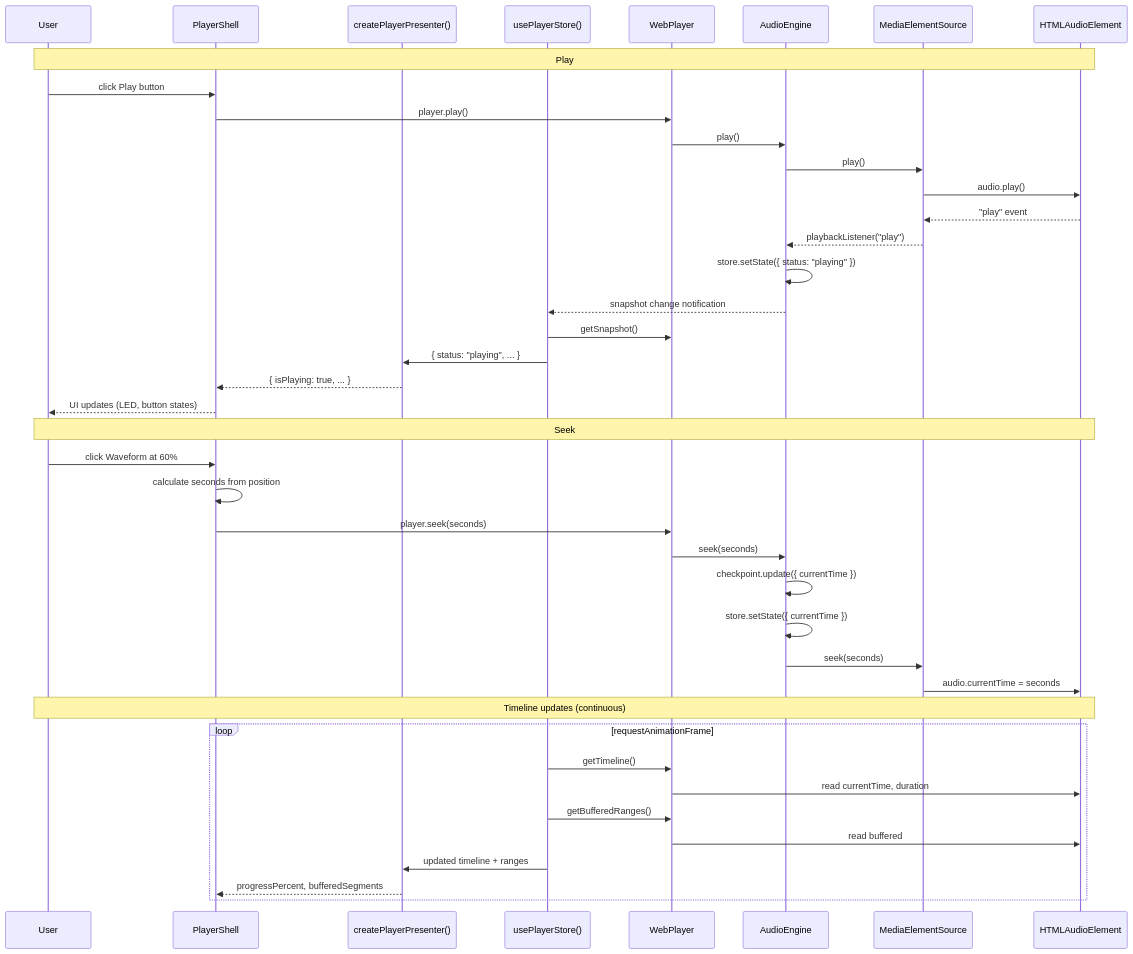
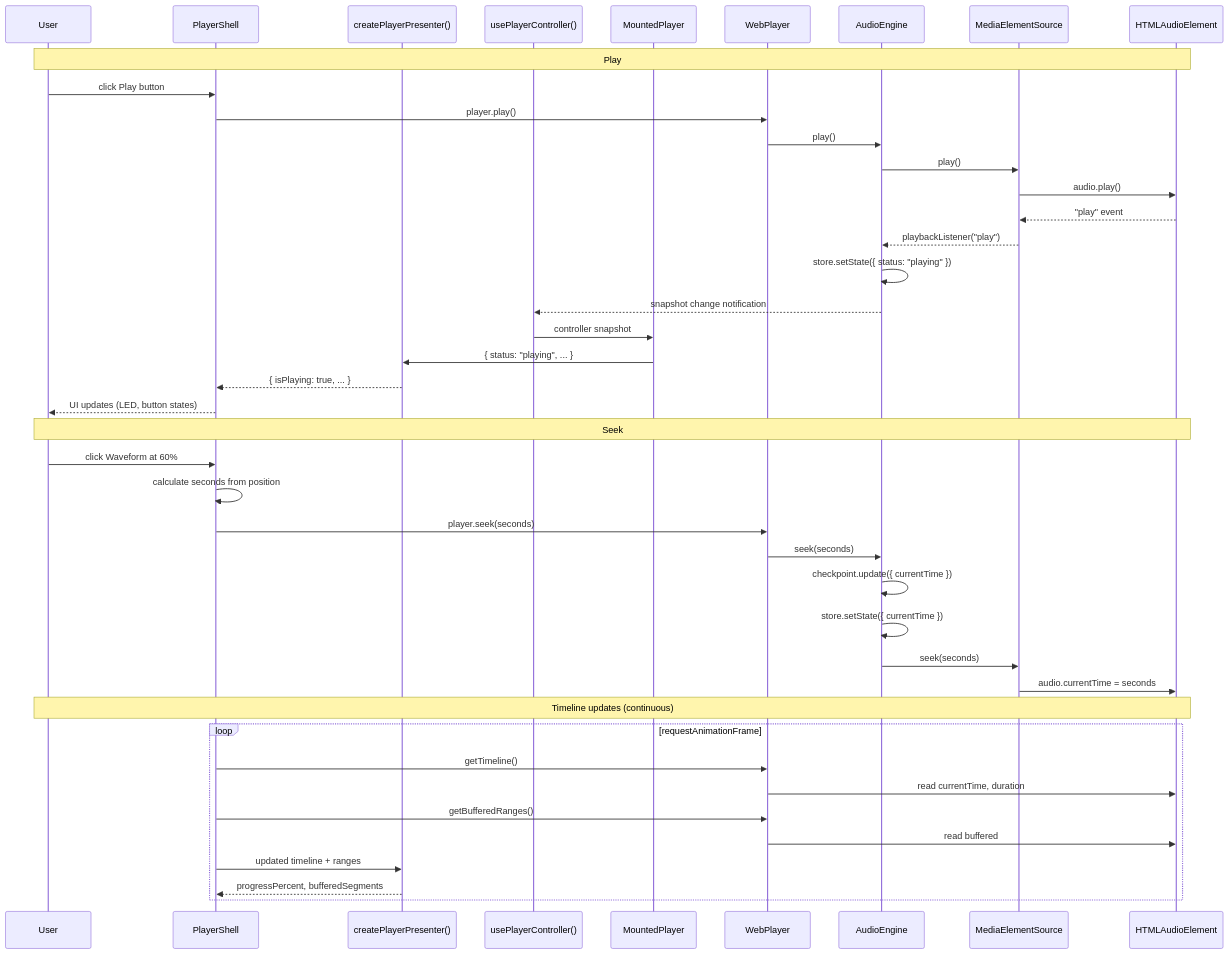
One commit to kalynbeach/kkb changed the third of 5 diagrams in docs/diagrams/2026-03-10-web-audio-player-flows.md. Above: the diagram before and after it, drawn with Mermaid. The commit also changed other lines of this file and 8 other files, not shown here.

````diff
--- a/docs/diagrams/2026-03-10-web-audio-player-flows.md
+++ b/docs/diagrams/2026-03-10-web-audio-player-flows.md
@@ -84,46 +84,47 @@
 ```mermaid
 sequenceDiagram
     participant User
     participant Shell as PlayerShell
     participant Presenter as createPlayerPresenter()
-    participant Hook as usePlayerStore()
+    participant ControllerHook as usePlayerController()
+    participant Mounted as MountedPlayer
     participant WP as WebPlayer
     participant Engine as AudioEngine
     participant Source as MediaElementSource
     participant Audio as HTMLAudioElement
 
     Note over User,Audio: Play
     User->>Shell: click Play button
     Shell->>WP: player.play()
     WP->>Engine: play()
     Engine->>Source: play()
     Source->>Audio: audio.play()
     Audio-->>Source: "play" event
     Source-->>Engine: playbackListener("play")
     Engine->>Engine: store.setState({ status: "playing" })
-    Engine-->>Hook: snapshot change notification
-    Hook->>WP: getSnapshot()
-    Hook->>Presenter: { status: "playing", ... }
+    Engine-->>ControllerHook: snapshot change notification
+    ControllerHook->>Mounted: controller snapshot
+    Mounted->>Presenter: { status: "playing", ... }
     Presenter-->>Shell: { isPlaying: true, ... }
     Shell-->>User: UI updates (LED, button states)
 
     Note over User,Audio: Seek
     User->>Shell: click Waveform at 60%
     Shell->>Shell: calculate seconds from position
     Shell->>WP: player.seek(seconds)
     WP->>Engine: seek(seconds)
     Engine->>Engine: checkpoint.update({ currentTime })
     Engine->>Engine: store.setState({ currentTime })
     Engine->>Source: seek(seconds)
     Source->>Audio: audio.currentTime = seconds
 
     Note over User,Audio: Timeline updates (continuous)
     loop requestAnimationFrame
-        Hook->>WP: getTimeline()
+        Shell->>WP: getTimeline()
         WP->>Audio: read currentTime, duration
-        Hook->>WP: getBufferedRanges()
+        Shell->>WP: getBufferedRanges()
         WP->>Audio: read buffered
-        Hook->>Presenter: updated timeline + ranges
+        Shell->>Presenter: updated timeline + ranges
         Presenter-->>Shell: progressPercent, bufferedSegments
     end
 ```
````
